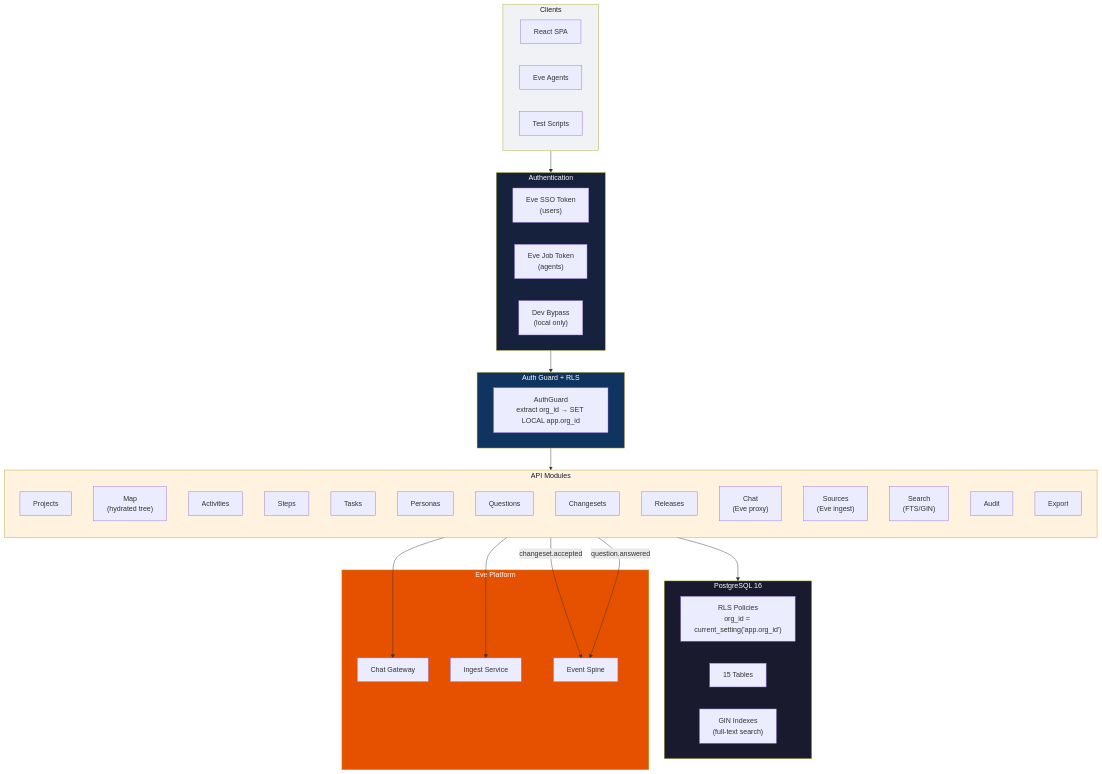
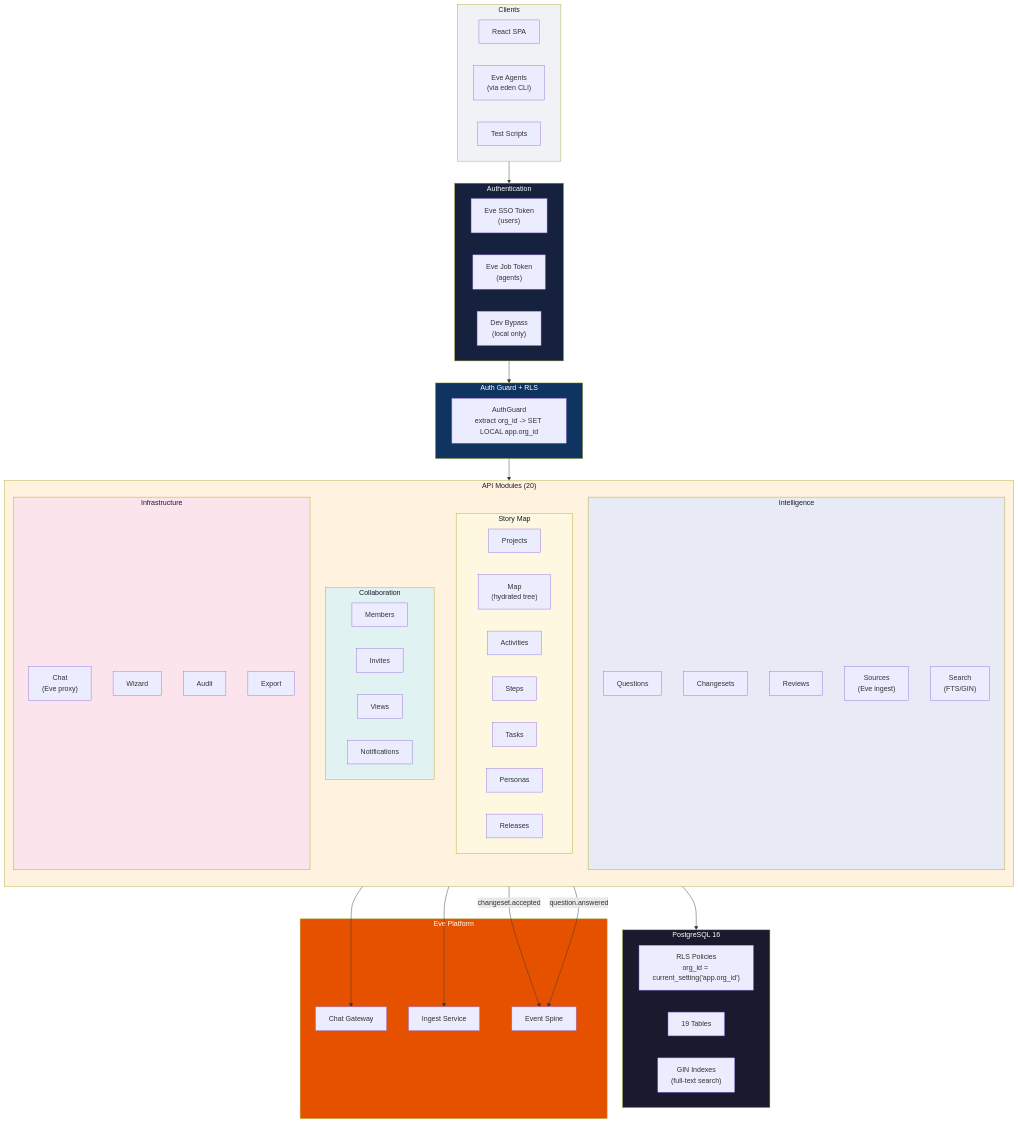
The seventh of 13 diagrams in ARCHITECTURE.md (eve-horizon/eden), drawn with Mermaid before and after one commit. The commit also changed other lines of this file and 3 other files, not shown here.

````diff
--- a/ARCHITECTURE.md
+++ b/ARCHITECTURE.md
@@ -254,7 +332,7 @@
 graph TB
     subgraph clients["Clients"]
         web["React SPA"]
-        agents["Eve Agents"]
+        agents["Eve Agents\n(via eden CLI)"]
         scripts["Test Scripts"]
     end
 
@@ -265,30 +343,48 @@
     end
 
     subgraph guard["Auth Guard + RLS"]
-        authguard["AuthGuard\nextract org_id → SET LOCAL app.org_id"]
+        authguard["AuthGuard\nextract org_id -> SET LOCAL app.org_id"]
     end
 
-    subgraph modules["API Modules"]
+    subgraph modules["API Modules (20)"]
         direction TB
-        projects["Projects"]
-        map["Map\n(hydrated tree)"]
-        activities["Activities"]
-        steps["Steps"]
-        tasks["Tasks"]
-        personas["Personas"]
-        questions["Questions"]
-        changesets["Changesets"]
-        releases["Releases"]
-        chat["Chat\n(Eve proxy)"]
-        sources["Sources\n(Eve ingest)"]
-        search["Search\n(FTS/GIN)"]
-        audit["Audit"]
-        export["Export"]
+
+        subgraph core["Story Map"]
+            projects["Projects"]
+            map["Map\n(hydrated tree)"]
+            activities["Activities"]
+            steps["Steps"]
+            tasks["Tasks"]
+            personas["Personas"]
+            releases["Releases"]
+        end
+
+        subgraph intel["Intelligence"]
+            questions["Questions"]
+            changesets["Changesets"]
+            reviews["Reviews"]
+            sources["Sources\n(Eve ingest)"]
+            search["Search\n(FTS/GIN)"]
+        end
+
+        subgraph collab["Collaboration"]
+            members["Members"]
+            invites["Invites"]
+            views["Views"]
+            notifications["Notifications"]
+        end
+
+        subgraph infra["Infrastructure"]
+            chat["Chat\n(Eve proxy)"]
+            wizard["Wizard"]
+            audit["Audit"]
+            export["Export"]
+        end
     end
 
     subgraph db["PostgreSQL 16"]
         rls["RLS Policies\norg_id = current_setting('app.org_id')"]
-        tables["15 Tables"]
+        tables["19 Tables"]
         gin["GIN Indexes\n(full-text search)"]
     end
 
@@ -311,6 +407,10 @@
     style auth fill:#16213e,color:#fff
     style guard fill:#0f3460,color:#fff
     style modules fill:#fff3e0,color:#1a1a2e
+    style core fill:#fff8e1,color:#1a1a2e
+    style intel fill:#e8eaf6,color:#1a1a2e
+    style collab fill:#e0f2f1,color:#1a1a2e
+    style infra fill:#fce4ec,color:#1a1a2e
     style db fill:#1a1a2e,color:#fff
     style eve fill:#e65100,color:#fff
 ```
````
